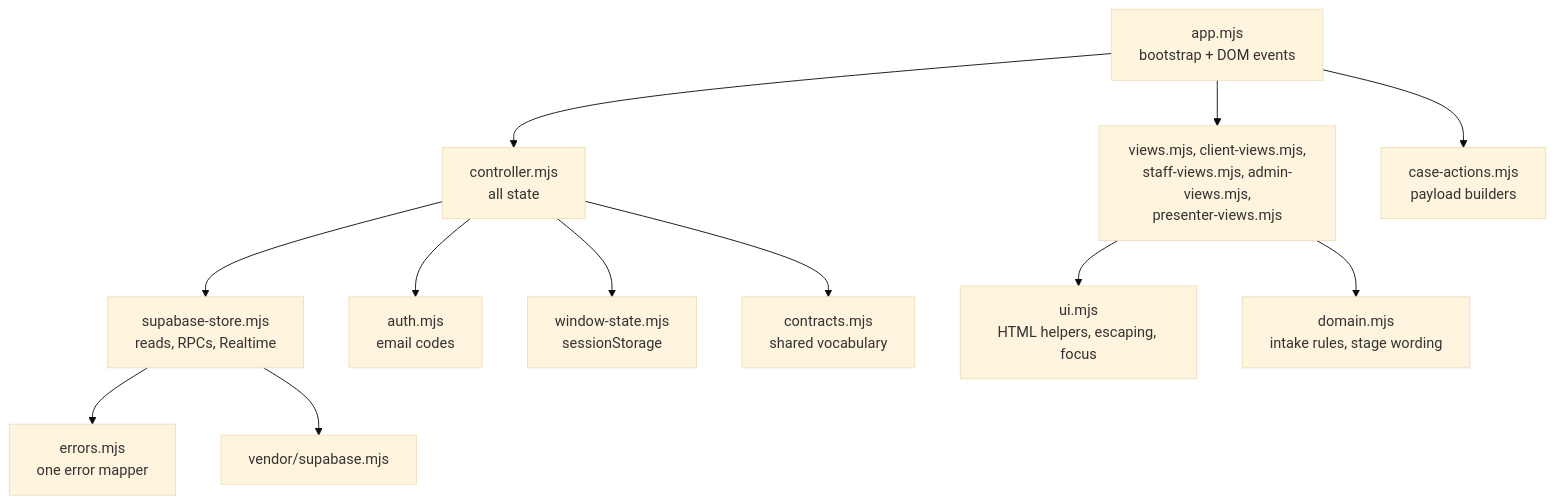
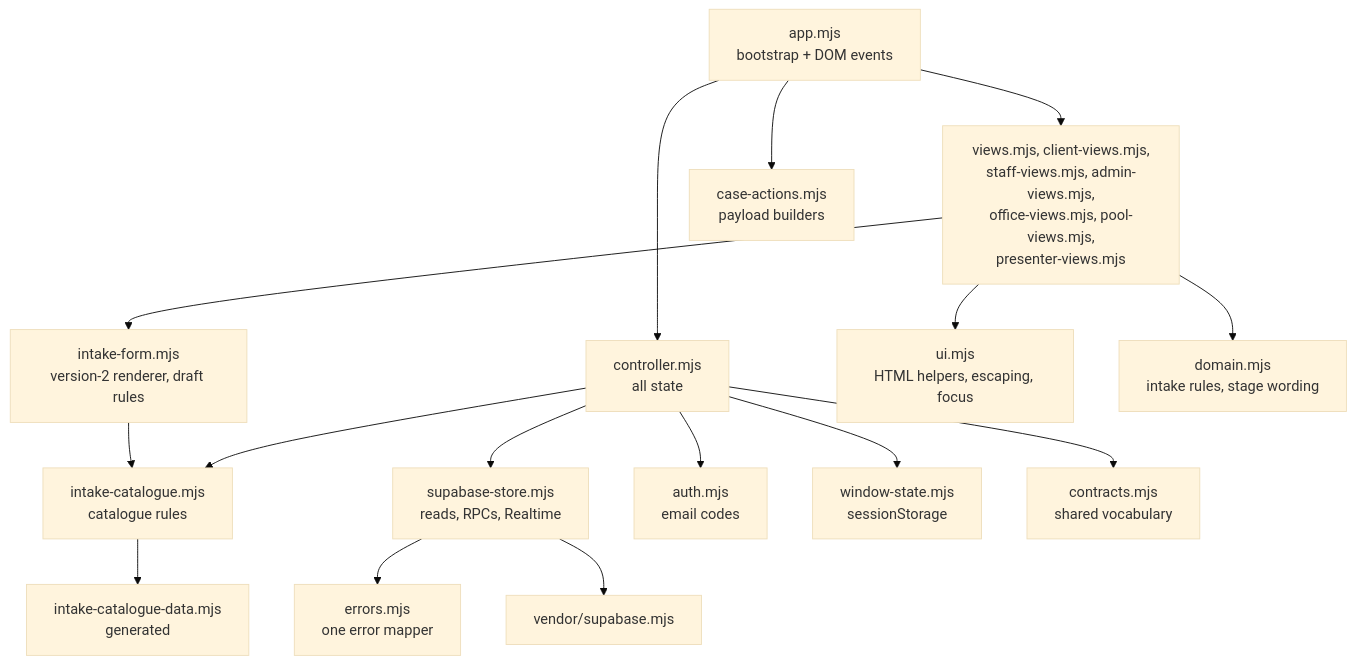
One commit to jin-yu-yang/VITA-Management-System-Demo changed the diagram in docs/developer/frontend.md. Above: the diagram before and after it, drawn with Mermaid (base theme). The commit also changed other lines of this file and 8 other files, not shown here.

````diff
--- a/docs/developer/frontend.md
+++ b/docs/developer/frontend.md
@@ -30,14 +31,18 @@
 ```mermaid
 flowchart TD
   app["app.mjs<br/>bootstrap + DOM events"] --> controller["controller.mjs<br/>all state"]
-  app --> views["views.mjs, client-views.mjs,<br/>staff-views.mjs, admin-views.mjs,<br/>presenter-views.mjs"]
+  app --> views["views.mjs, client-views.mjs,<br/>staff-views.mjs, admin-views.mjs,<br/>office-views.mjs, pool-views.mjs,<br/>presenter-views.mjs"]
   app --> caseActions["case-actions.mjs<br/>payload builders"]
+  views --> intakeForm["intake-form.mjs<br/>version-2 renderer, draft rules"]
+  intakeForm --> catalogue["intake-catalogue.mjs<br/>catalogue rules"]
+  controller --> catalogue
+  catalogue --> catalogueData["intake-catalogue-data.mjs<br/>generated"]
   controller --> store["supabase-store.mjs<br/>reads, RPCs, Realtime"]
   controller --> auth["auth.mjs<br/>email codes"]
   controller --> windowState["window-state.mjs<br/>sessionStorage"]
   views --> ui["ui.mjs<br/>HTML helpers, escaping, focus"]
   views --> domain["domain.mjs<br/>intake rules, stage wording"]
   store --> errors["errors.mjs<br/>one error mapper"]
   controller --> contracts["contracts.mjs<br/>shared vocabulary"]
   store --> sdk["vendor/supabase.mjs"]
 ```
````
